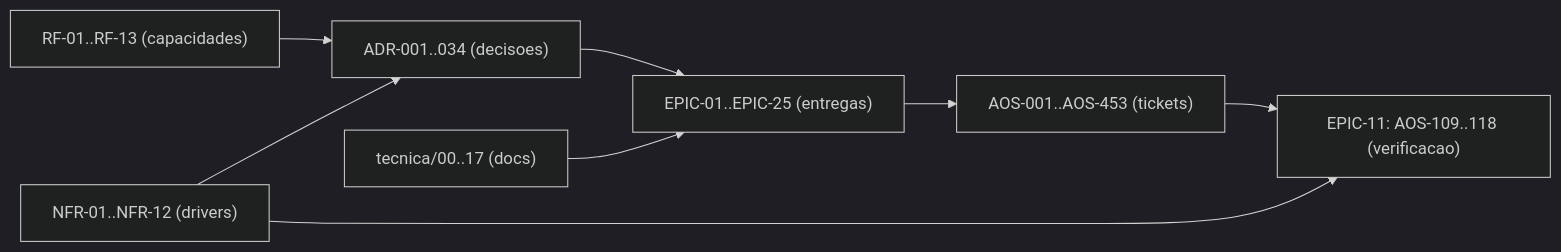
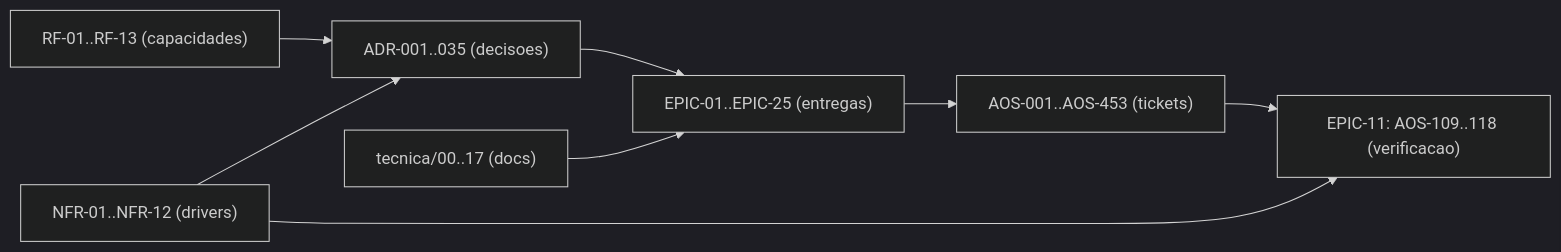
Before and after one commit to albinoJimy/aos: the diagram in tecnica/16_Rastreabilidade_RTM.md, drawn with Mermaid (dark theme). The commit also changed other lines of this file and 70 other files, not shown here.

````diff
--- a/tecnica/16_Rastreabilidade_RTM.md
+++ b/tecnica/16_Rastreabilidade_RTM.md
@@ -197,10 +199,10 @@
 ```mermaid
 flowchart LR
-    RF["RF-01..RF-13 (capacidades)"] --> ADR["ADR-001..034 (decisoes)"]
+    RF["RF-01..RF-13 (capacidades)"] --> ADR["ADR-001..035 (decisoes)"]
     NFR["NFR-01..NFR-12 (drivers)"] --> ADR
     ADR --> EPIC["EPIC-01..EPIC-25 (entregas)"]
     EPIC --> TICK["AOS-001..AOS-453 (tickets)"]
     DOC["tecnica/00..17 (docs)"] --> EPIC
     TICK --> TEST["EPIC-11: AOS-109..118 (verificacao)"]
     NFR --> TEST
 ```
````
